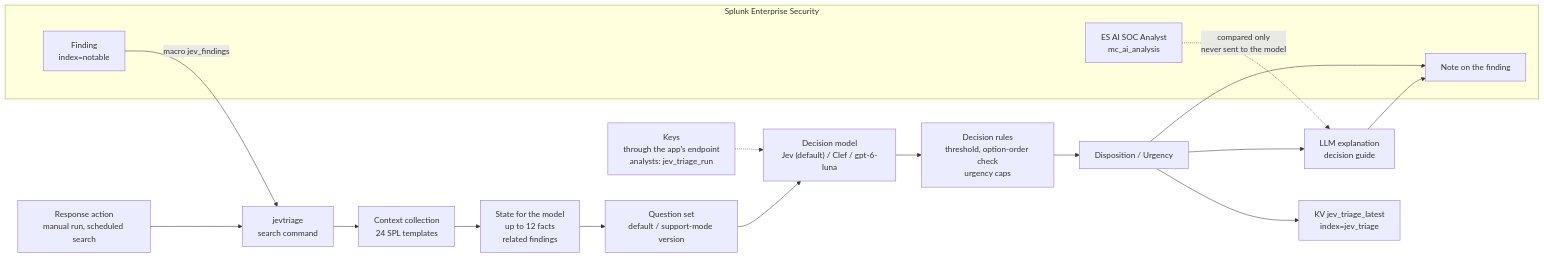
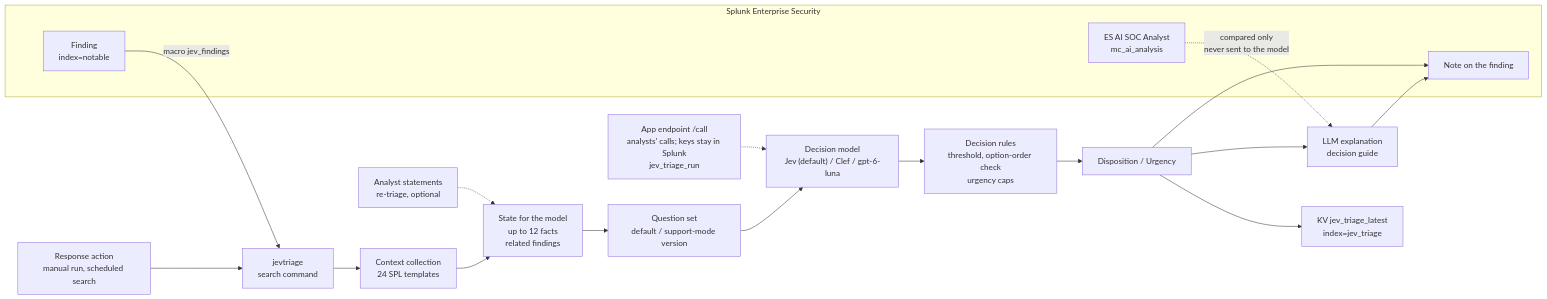
The first of 3 diagrams in docs/en/how-it-works.md (hidefujimori/hf-second-opinion-triage), drawn with Mermaid before and after one commit. The commit also changed other lines of this file and 12 other files, not shown here.

````diff
--- a/docs/en/how-it-works.md
+++ b/docs/en/how-it-works.md
@@ -15,22 +15,23 @@
 ```mermaid
 flowchart LR
   subgraph ES["Splunk Enterprise Security"]
     F["Finding<br/>index=notable"]
     NOTE["Note on the finding"]
     AIA["ES AI SOC Analyst<br/>mc_ai_analysis"]
   end
   F -->|"macro jev_findings"| T["jevtriage<br/>search command"]
   RA["Response action<br/>manual run, scheduled search"] --> T
   T --> E["Context collection<br/>24 SPL templates"]
   E --> S["State for the model<br/>up to 12 facts<br/>related findings"]
   S --> Q["Question set<br/>default / support-mode version"]
   Q --> M["Decision model<br/>Jev (default) / Clef / gpt-6-luna"]
-  KEY["Keys<br/>through the app's endpoint<br/>analysts: jev_triage_run"] -.-> M
+  KEY["App endpoint /call<br/>analysts' calls; keys stay in Splunk<br/>jev_triage_run"] -.-> M
+  ST["Analyst statements<br/>re-triage, optional"] -.-> S
   M --> R["Decision rules<br/>threshold, option-order check<br/>urgency caps"]
   R --> O["Disposition / Urgency"]
   O --> KV["KV jev_triage_latest<br/>index=jev_triage"]
   O --> NOTE
   O --> L["LLM explanation<br/>decision guide"]
   AIA -.->|"compared only<br/>never sent to the model"| L
   L --> NOTE
 ```
````
